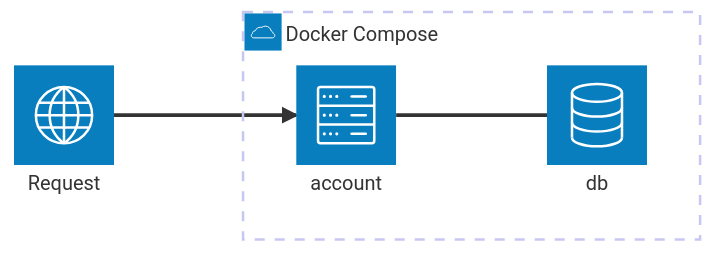
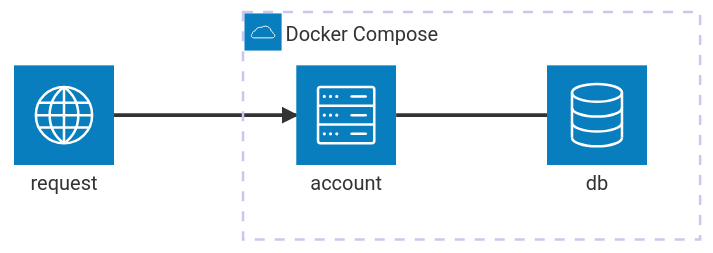
Before and after one commit to laupontiroli/platform_api-serv: the third of 3 diagrams in docs/checkpoints/checkpoint1.md, drawn with Mermaid.

````diff
--- a/docs/checkpoints/checkpoint1.md
+++ b/docs/checkpoints/checkpoint1.md
@@ -97,14 +97,14 @@
 ``` mermaid
 architecture-beta
 
-    service internet(internet)[Request]
+    service internet(internet)[request]
 
     group api(cloud)[Docker Compose]
 
     service db(database)[db] in api
     service account(server)[account] in api
 
     internet:R --> L:account
 
     db:L -- R:account
 ```
````
